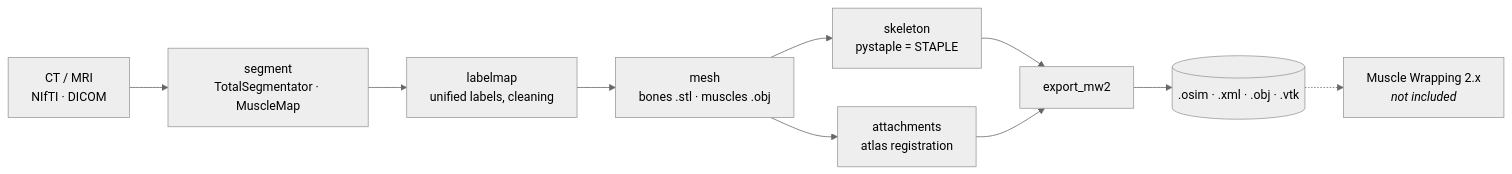
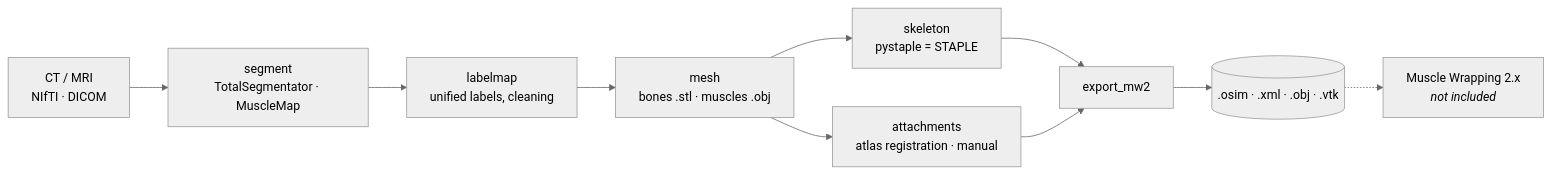
Before and after one commit to PatrikMrnka/msk-pipe-kiv: the diagram in README.md, drawn with Mermaid (neutral theme). The commit also changed other lines of this file and 13 other files, not shown here.

Commit message:
feat(attachments): manual attachment areas, GUI attachment editor, voxel frame (#61)

````diff
--- a/README.md
+++ b/README.md
@@ -20,12 +20,12 @@
 ```mermaid
 flowchart LR
     A[CT / MRI<br/>NIfTI · DICOM] --> B[segment<br/>TotalSegmentator · MuscleMap]
     B --> C[labelmap<br/>unified labels, cleaning]
     C --> D[mesh<br/>bones .stl · muscles .obj]
     D --> E[skeleton<br/>pystaple = STAPLE]
-    D --> F[attachments<br/>atlas registration]
+    D --> F[attachments<br/>atlas registration · manual]
     E --> G[export_mw2]
     F --> G
     G --> H[(.osim · .xml · .obj · .vtk)]
     H -.-> I[Muscle Wrapping 2.x<br/><i>not included</i>]
 ```
````
